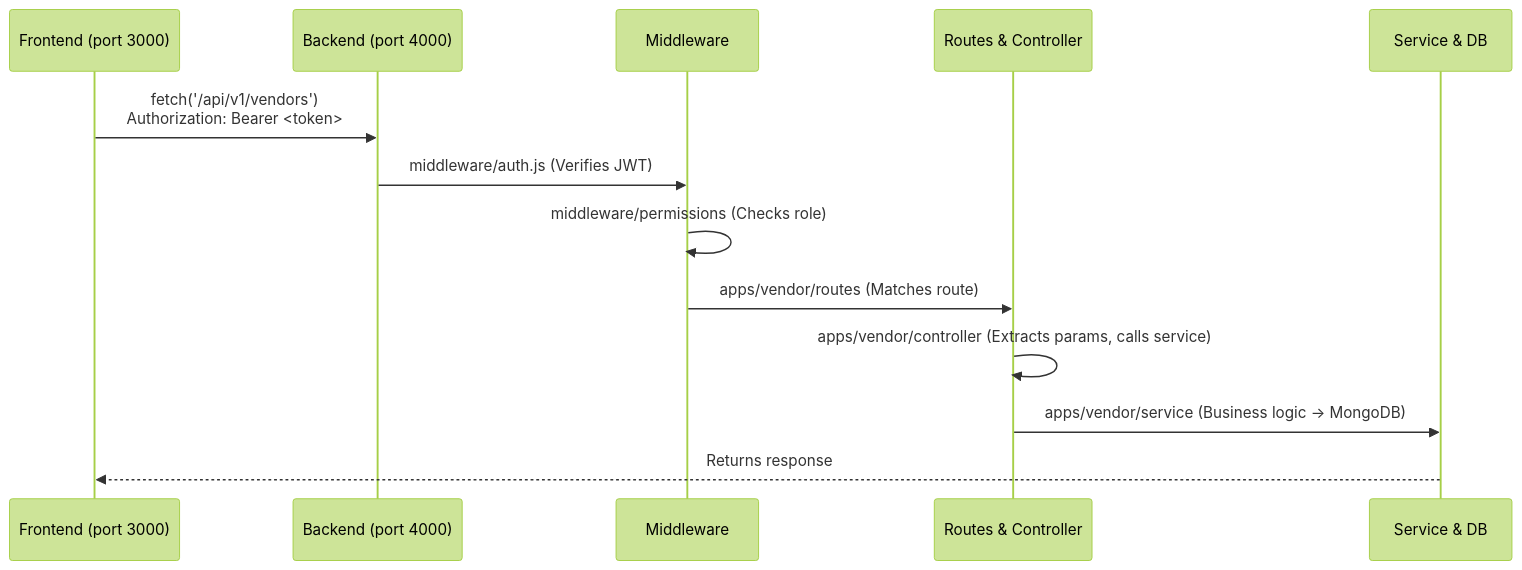
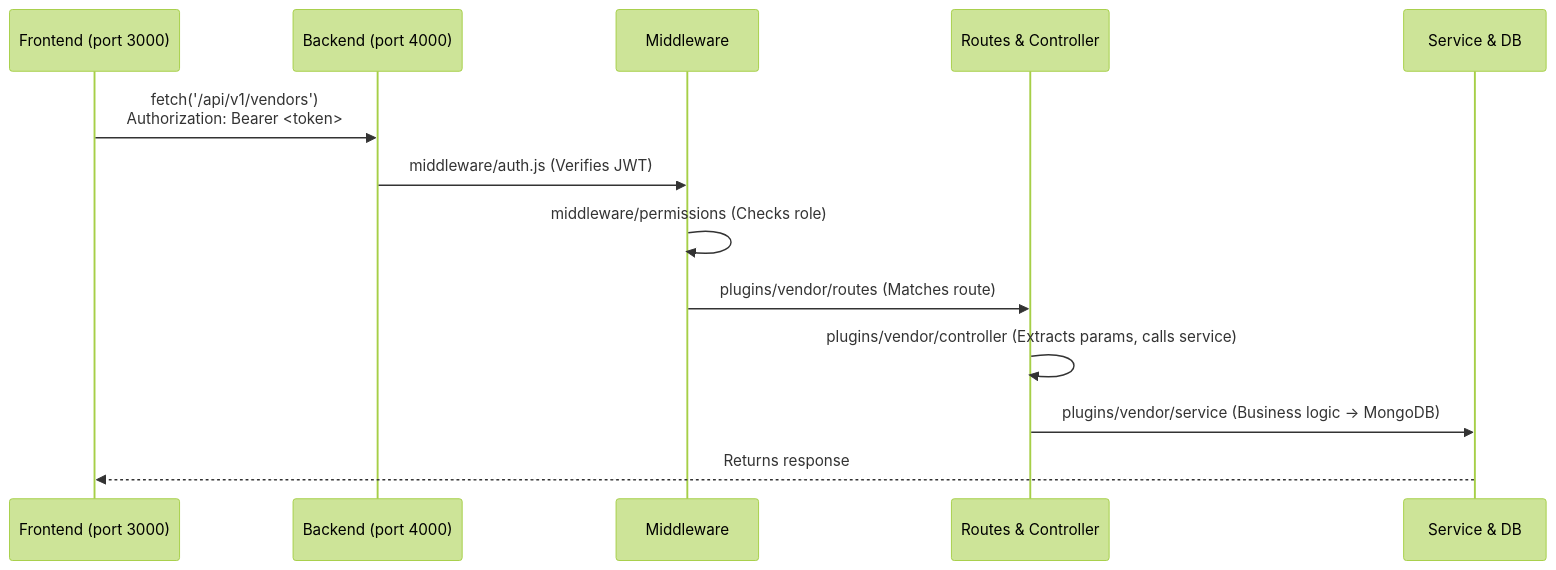
The diagram in docs/getting-started/DEVELOPER_ONBOARDING.md (NITRR-Official/CampusOS), drawn with Mermaid (forest theme) before and after one commit. The commit also changed other lines of this file and 16 other files, not shown here.

````diff
--- a/docs/getting-started/DEVELOPER_ONBOARDING.md
+++ b/docs/getting-started/DEVELOPER_ONBOARDING.md
@@ -119,16 +119,16 @@
 ```mermaid
 sequenceDiagram
     participant F as Frontend (port 3000)
     participant B as Backend (port 4000)
     participant M as Middleware
     participant R as Routes & Controller
     participant S as Service & DB
 
     F->>B: fetch('/api/v1/vendors')<br/>Authorization: Bearer <token>
     B->>M: middleware/auth.js (Verifies JWT)
     M->>M: middleware/permissions (Checks role)
-    M->>R: apps/vendor/routes (Matches route)
-    R->>R: apps/vendor/controller (Extracts params, calls service)
-    R->>S: apps/vendor/service (Business logic → MongoDB)
+    M->>R: plugins/vendor/routes (Matches route)
+    R->>R: plugins/vendor/controller (Extracts params, calls service)
+    R->>S: plugins/vendor/service (Business logic → MongoDB)
     S-->>F: Returns response
 ```
````
